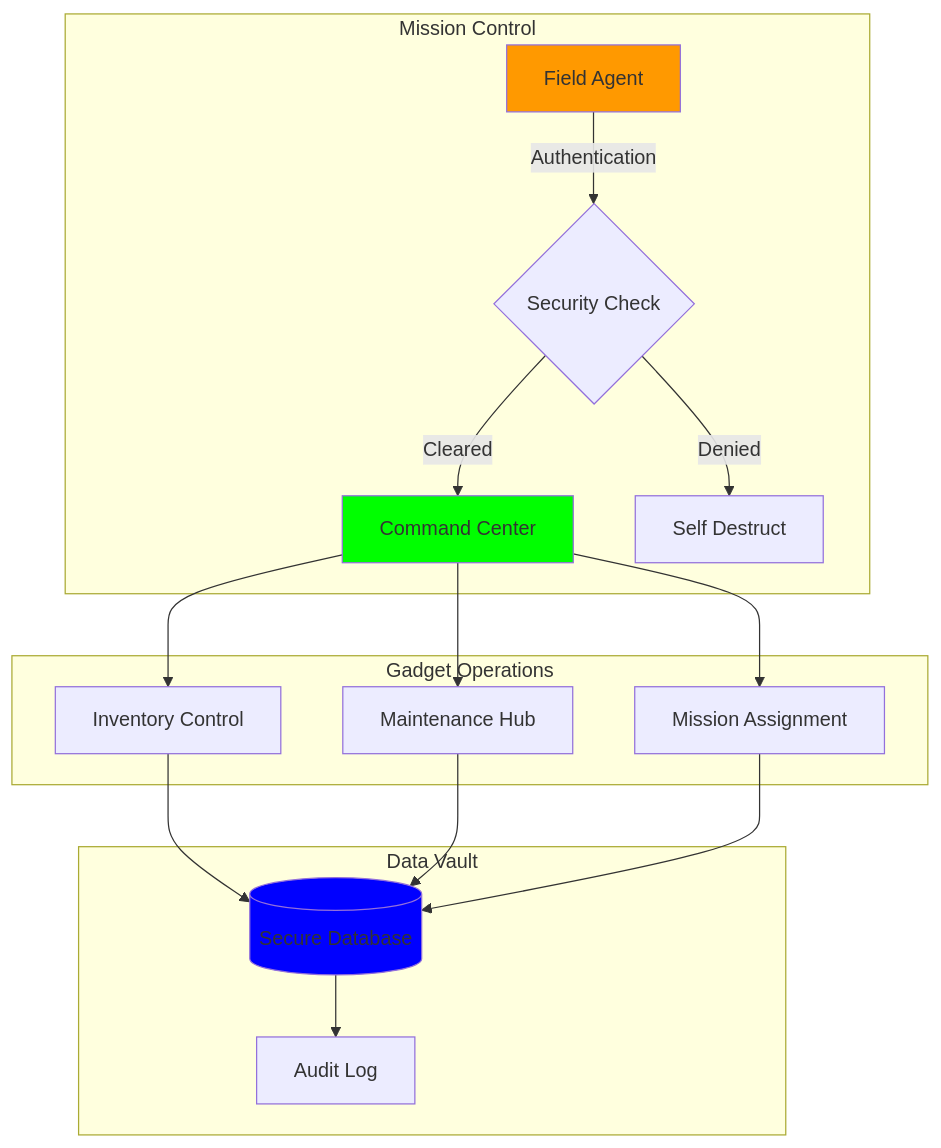
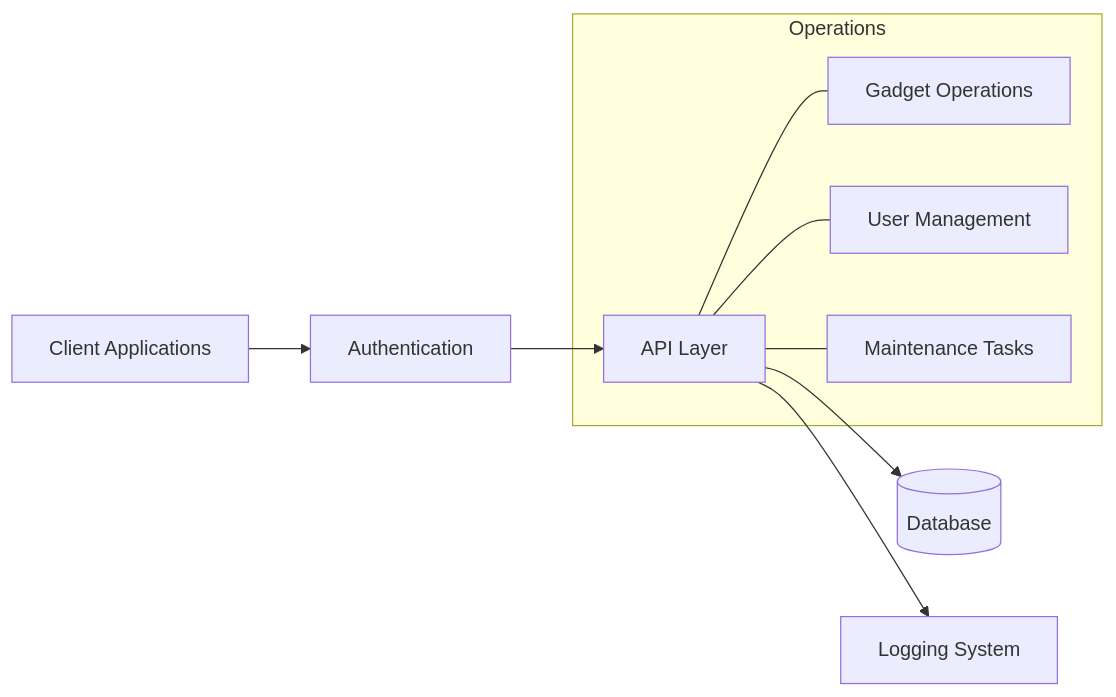
Before and after one commit to anshc022/imf-gadget-api: the diagram in README.md, drawn with Mermaid. The commit also changed other lines of this file, not shown here.

````diff
--- a/README.md
+++ b/README.md
@@ -44,26 +27,19 @@
 ```mermaid
-graph TB
-    subgraph "Mission Control"
-        A[Field Agent] -->|Authentication| B{Security Check}
-        B -->|Cleared| C[Command Center]
-        B -->|Denied| D[Self Destruct]
+graph LR
+    Client[Client Applications]
+    Auth[Authentication]
+    API[API Layer]
+    DB[(Database)]
+    Log[Logging System]
+    
+    Client --> Auth
+    Auth --> API
+    API --> DB
+    API --> Log
+    
+    subgraph Operations
+    API --- Gadgets[Gadget Operations]
+    API --- Users[User Management]
+    API --- Maintenance[Maintenance Tasks]
     end
-    
-    subgraph "Gadget Operations"
-        C --> E[Inventory Control]
-        C --> F[Maintenance Hub]
-        C --> G[Mission Assignment]
-    end
-    
-    subgraph "Data Vault"
-        E --> H[(Secure Database)]
-        F --> H
-        G --> H
-        H --> I[Audit Log]
-    end
-
-    style A fill:#ff9900
-    style B fill:#red
-    style C fill:#00ff00
-    style H fill:#0000ff
 ```
````
